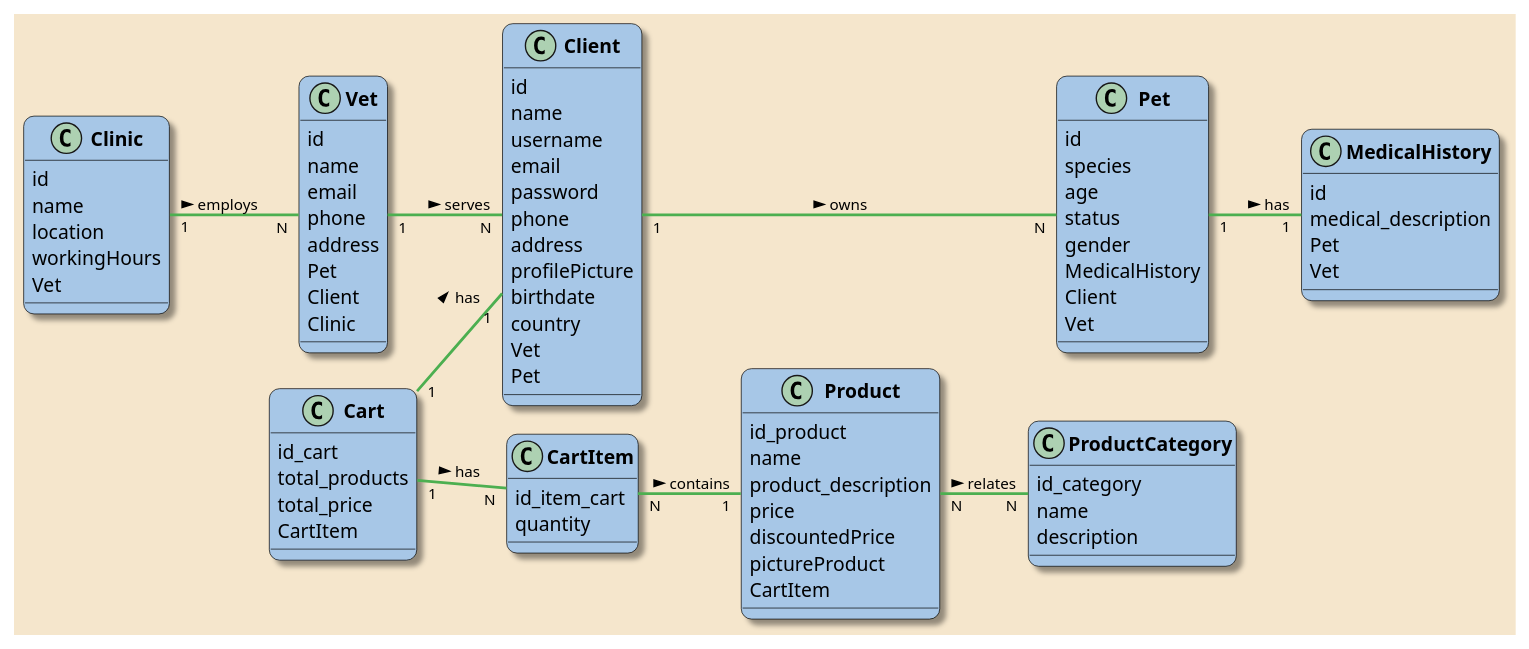
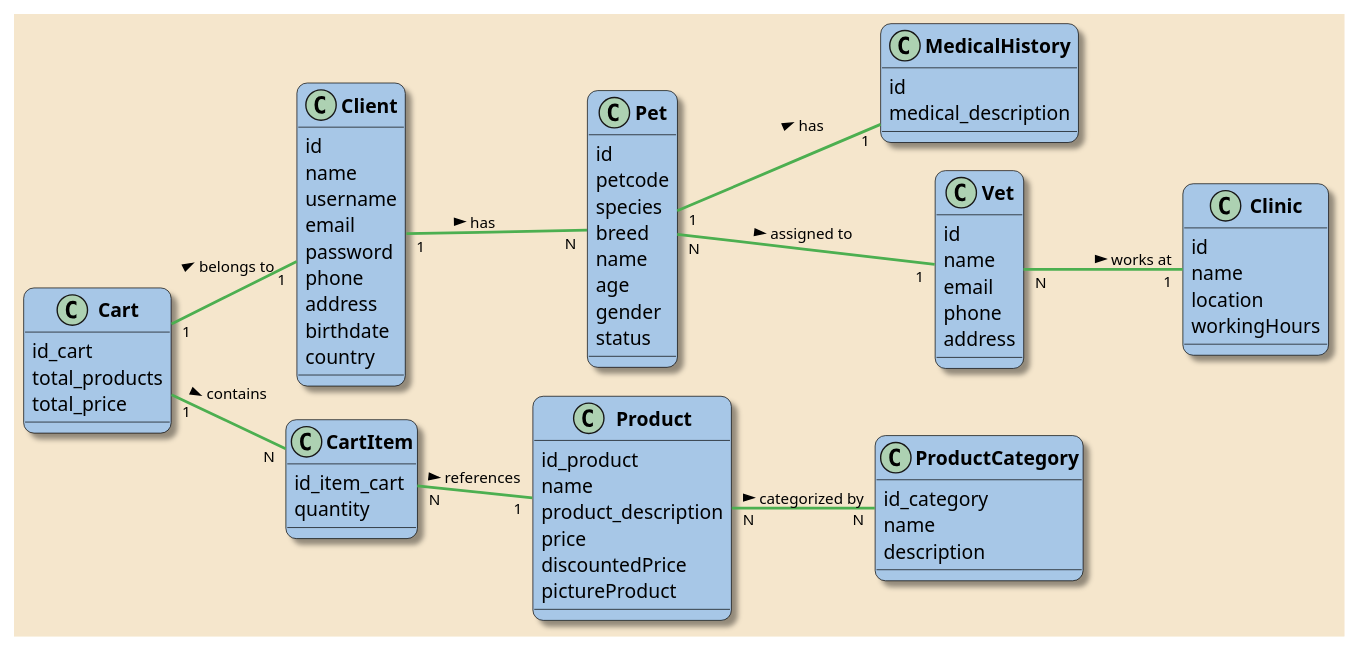
Before and after one commit to Vet-and-Go/tienda-back: the diagram in VetAndGo/src/public/diagram.puml, drawn with PlantUML.

Commit message:
docs(#3):Update Docs

```diff
--- a/VetAndGo/src/public/diagram.puml
+++ b/VetAndGo/src/public/diagram.puml
@@ -1,123 +1,110 @@
 @startuml
 'Direccion of the diagram'
 left to right direction
 'Used style'
 skinparam backgroundColor #F5E6CC
 'Classes'
 skinparam classBackgroundColor #A7C7E7
 skinparam classBorderColor #000000
 skinparam shadowing true
 skinparam roundcorner 15
 'Titles'
 skinparam classFontColor #000000
 skinparam classFontStyle bold
 'Relationships'
 skinparam classArrowColor #4CAF50
 skinparam classArrowThickness 2
 skinparam classArrowFontColor black
 skinparam classArrowFontSize 11
 skinparam nodesep 20
 skinparam ranksep 5
 
 
 
 
 ' Entities'
 class Client{
     id
     name
     username
     email
     password
     phone
     address
-    profilePicture
     birthdate
     country
-    Vet
-    Pet
-
 }
 
 class Pet {
     id
+    petcode
     species
+    breed
+    name
     age
+    gender
     status
-    gender
-    MedicalHistory
-    Client
-    Vet
 }
 
 class MedicalHistory{
     id
     medical_description
-    Pet
-    Vet
 }
 
 class Vet {
     id
     name
     email
     phone
     address
-    Pet
-    Client
-    Clinic
 }
 
 class Clinic {
     id
     name
     location
     workingHours
-    Vet
 }
 
 class Cart{
     id_cart
     total_products
     total_price
-    CartItem
 }
 
 class CartItem{
     id_item_cart
     quantity
 }
 
 class Product{
     id_product
     name
     product_description
     price
     discountedPrice
     pictureProduct
-    CartItem
 }
 
 class ProductCategory{
     id_category
     name
     description
 }
 
 
 'Relationships'
-Client "1" --- "N" Pet : owns >
+Client "1" -- "N" Pet : has >
 Pet "1" -- "1" MedicalHistory : has >
-Vet "1" -- "N" Client : serves >
-Clinic "1" -- "N" Vet : employs >
-Cart "1" -- "N" CartItem : has >
-CartItem "N" -- "1" Product : contains >
-
-Cart "1" -- "1" Client : has >
-Product "N" -- "N" ProductCategory : relates >
+Pet "N" -- "1" Vet : assigned to >
+Vet "N" -- "1" Clinic : works at >
+Cart "1" -- "N" CartItem : contains >
+CartItem "N" -- "1" Product : references >
+Cart "1" -- "1" Client : belongs to >
+Product "N" -- "N" ProductCategory : categorized by >
 
 
 
 
 
 @enduml
```
